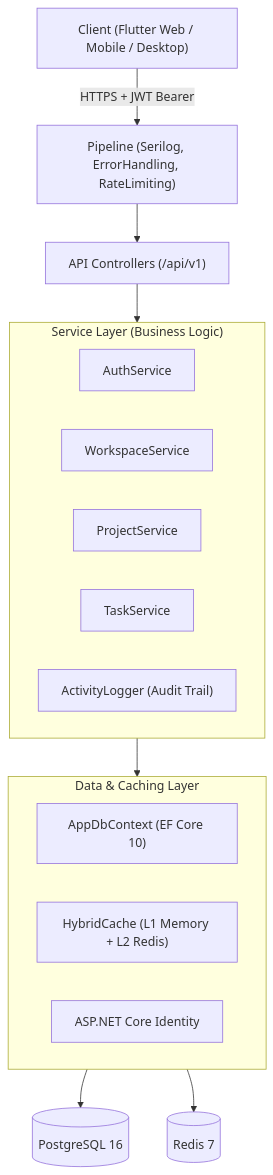
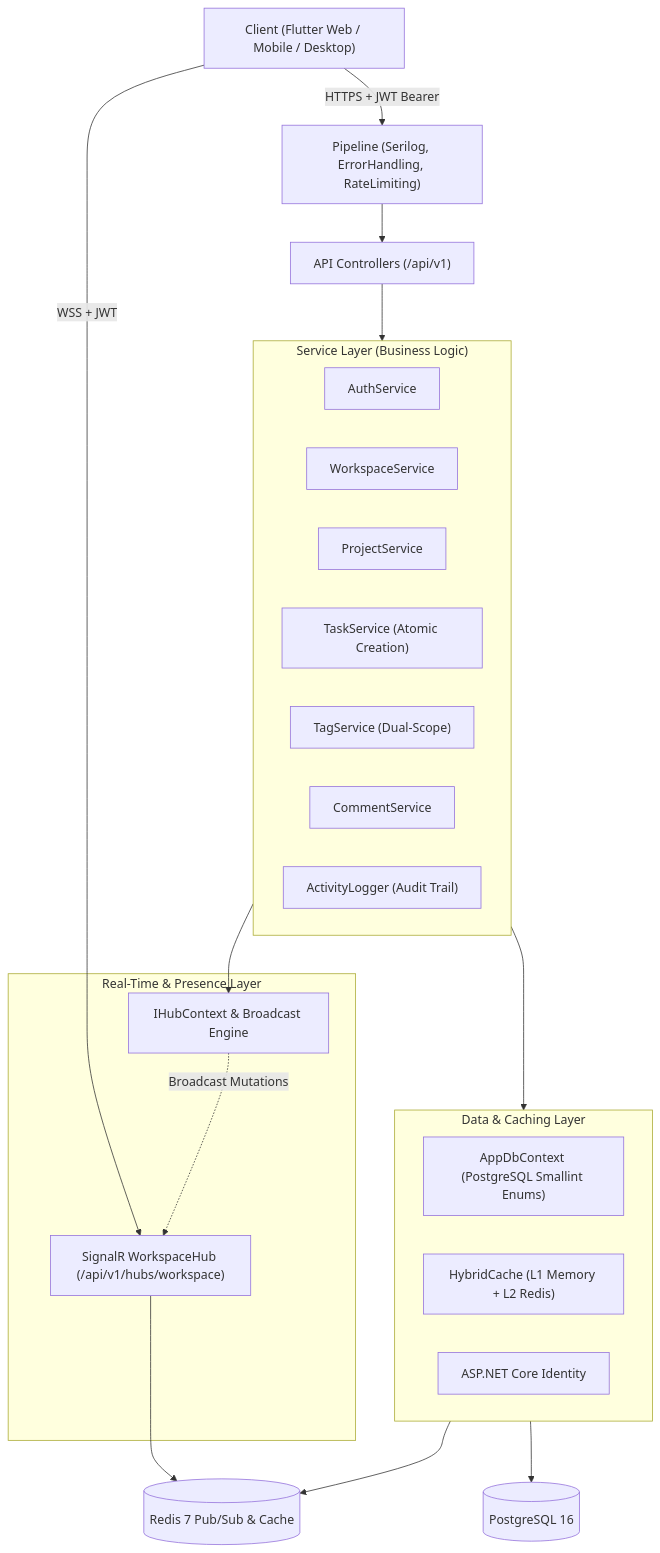
Before and after one commit to Clark605/ProjectHub: the first of 2 diagrams in README.md, drawn with Mermaid. The commit also changed other lines of this file and 8 other files, not shown here.

````diff
--- a/README.md
+++ b/README.md
@@ -113,24 +129,35 @@
 ```mermaid
 graph TD
     Client["Client (Flutter Web / Mobile / Desktop)"] -->|HTTPS + JWT Bearer| Middleware["Pipeline (Serilog, ErrorHandling, RateLimiting)"]
+    Client -->|WSS + JWT| Hub["SignalR WorkspaceHub (/api/v1/hubs/workspace)"]
     Middleware --> Controllers["API Controllers (/api/v1)"]
     
     subgraph ServiceLayer ["Service Layer (Business Logic)"]
         AuthService["AuthService"]
         WorkspaceService["WorkspaceService"]
         ProjectService["ProjectService"]
-        TaskService["TaskService"]
+        TaskService["TaskService (Atomic Creation)"]
+        TagService["TagService (Dual-Scope)"]
+        CommentService["CommentService"]
         ActivityLogger["ActivityLogger (Audit Trail)"]
     end
     
+    subgraph RealTimeLayer ["Real-Time & Presence Layer"]
+        Hub
+        HubContext["IHubContext & Broadcast Engine"]
+    end
+
     subgraph DataLayer ["Data & Caching Layer"]
-        DbContext["AppDbContext (EF Core 10)"]
+        DbContext["AppDbContext (PostgreSQL Smallint Enums)"]
         HybridCache["HybridCache (L1 Memory + L2 Redis)"]
         Identity["ASP.NET Core Identity"]
     end
     
     Controllers --> ServiceLayer
+    ServiceLayer --> HubContext
+    HubContext -.->|Broadcast Mutations| Hub
     ServiceLayer --> DataLayer
     DataLayer --> Postgres[(PostgreSQL 16)]
-    DataLayer --> Redis[(Redis 7)]
+    DataLayer --> Redis[(Redis 7 Pub/Sub & Cache)]
+    Hub --> Redis
 ```
````
